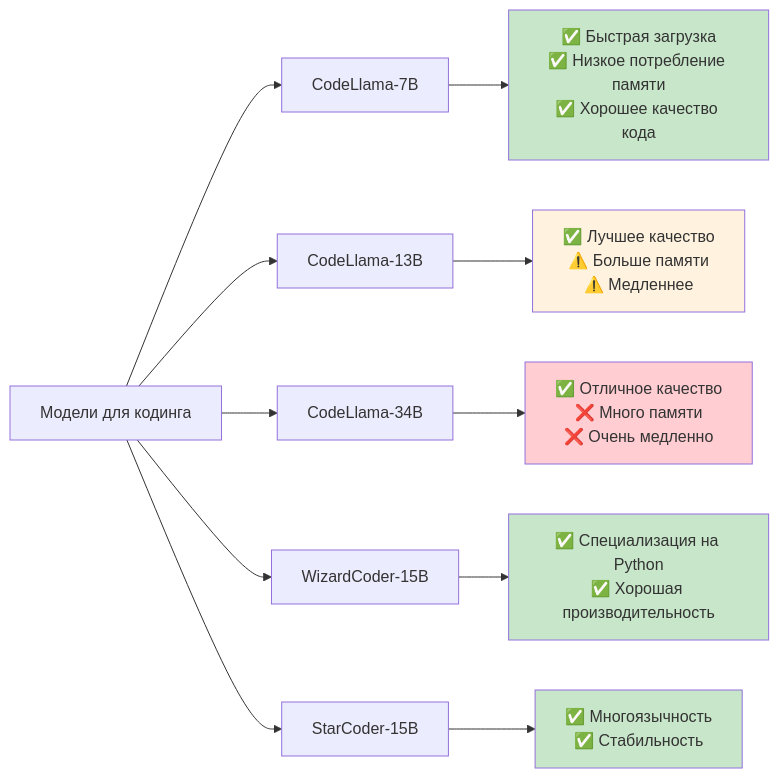
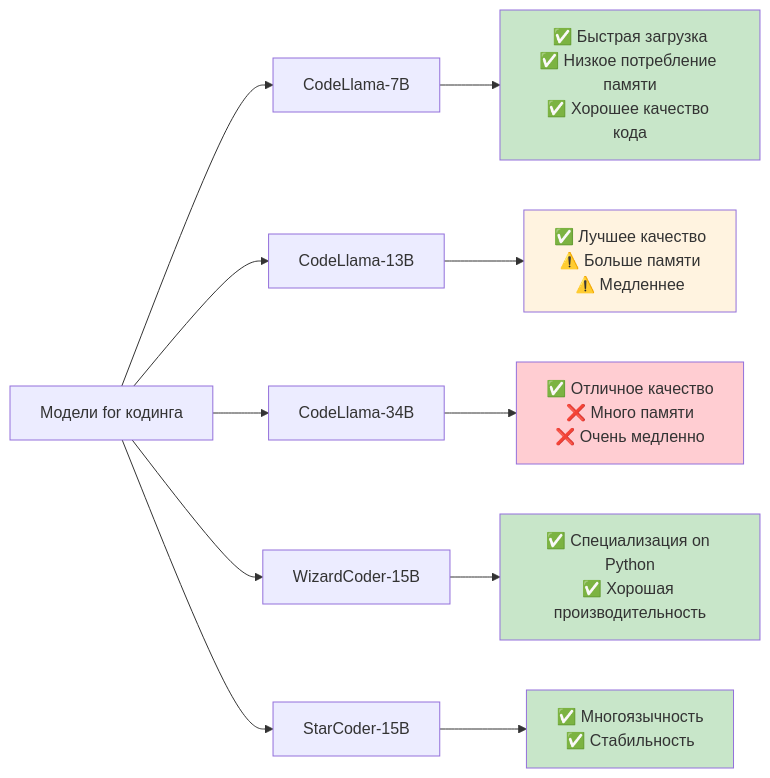
Before and after one commit to NeoZorK/neozork-hld-prediction: the third of 5 diagrams in docs/automl/gluon/33_llm_parallel_computing_setup.md, drawn with Mermaid. The commit also changed other lines of this file and 19 other files, not shown here.

````diff
--- a/docs/automl/gluon/33_llm_parallel_computing_setup.md
+++ b/docs/automl/gluon/33_llm_parallel_computing_setup.md
@@ -428,20 +428,20 @@
 ```mermaid
 graph LR
-    A[Модели для кодинга] --> B[CodeLlama-7B]
-    A --> C[CodeLlama-13B]
-    A --> D[CodeLlama-34B]
-    A --> E[WizardCoder-15B]
-    A --> F[StarCoder-15B]
-    
-    B --> G[✅ Быстрая загрузка<br/>✅ Низкое потребление памяти<br/>✅ Хорошее качество кода]
-    C --> H[✅ Лучшее качество<br/>⚠️ Больше памяти<br/>⚠️ Медленнее]
-    D --> I[✅ Отличное качество<br/>❌ Много памяти<br/>❌ Очень медленно]
-    E --> J[✅ Специализация на Python<br/>✅ Хорошая производительность]
-    F --> K[✅ Многоязычность<br/>✅ Стабильность]
-    
-    style G fill:#c8e6c9
-    style H fill:#fff3e0
-    style I fill:#ffcdd2
-    style J fill:#c8e6c9
-    style K fill:#c8e6c9
+ A[Модели for кодинга] --> B[CodeLlama-7B]
+ A --> C[CodeLlama-13B]
+ A --> D[CodeLlama-34B]
+ A --> E[WizardCoder-15B]
+ A --> F[StarCoder-15B]
+
+ B --> G[✅ Быстрая загрузка<br/>✅ Низкое потребление памяти<br/>✅ Хорошее качество кода]
+ C --> H[✅ Лучшее качество<br/>⚠️ Больше памяти<br/>⚠️ Медленнее]
+ D --> I[✅ Отличное качество<br/>❌ Много памяти<br/>❌ Очень медленно]
+ E --> J[✅ Специализация on Python<br/>✅ Хорошая производительность]
+ F --> K[✅ Многоязычность<br/>✅ Стабильность]
+
+ style G fill:#c8e6c9
+ style H fill:#fff3e0
+ style I fill:#ffcdd2
+ style J fill:#c8e6c9
+ style K fill:#c8e6c9
 ```
````
